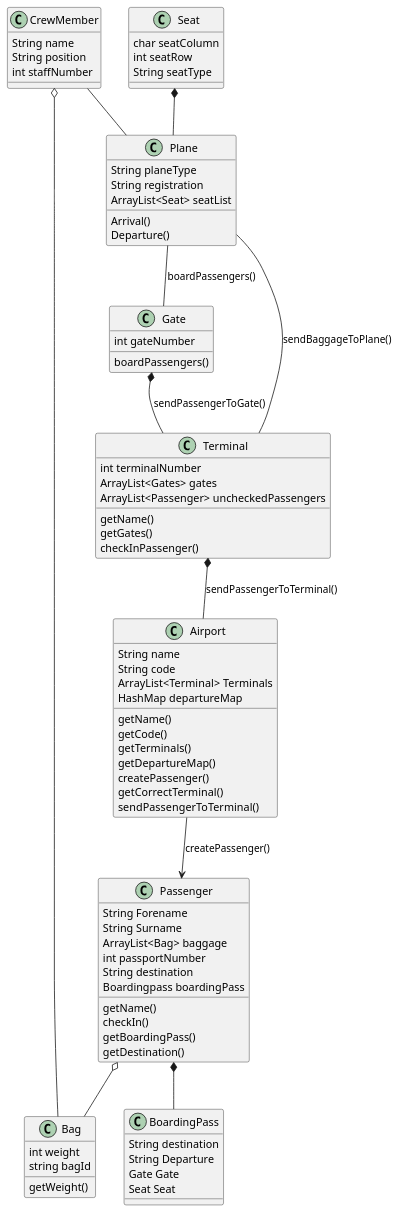
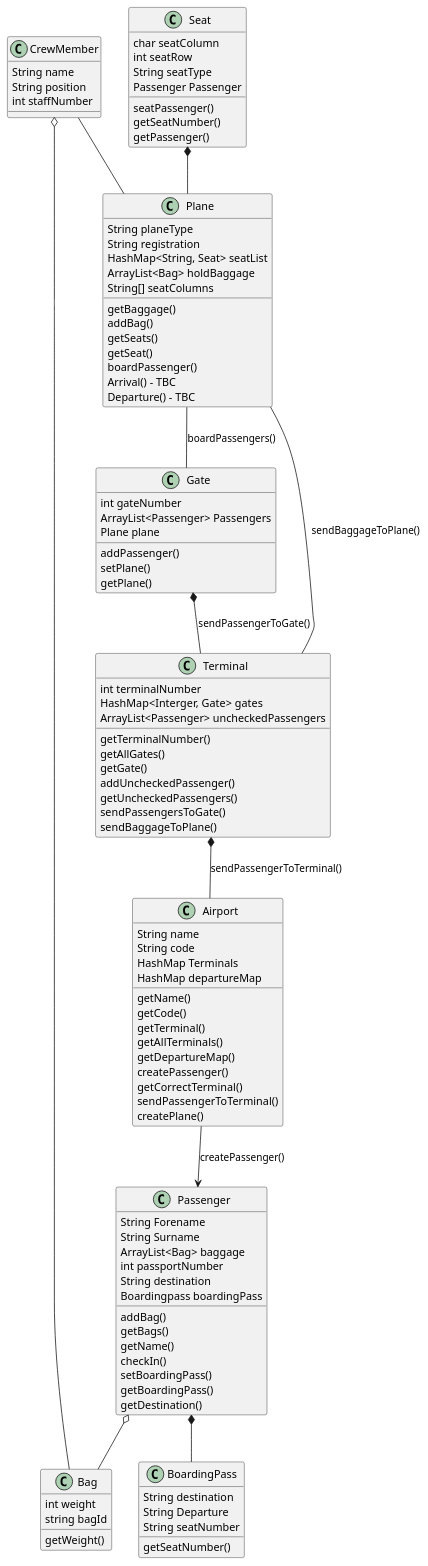
One commit to gopherfender/java-airports changed the diagram in airports.plantuml. Above: the diagram before and after it, drawn with PlantUML. The commit also changed 9 other files, not shown here.

```diff
--- a/airports.plantuml
+++ b/airports.plantuml
@@ -1,86 +1,110 @@
 @startuml Airport
     class Airport {
         String name
         String code
-        ArrayList<Terminal> Terminals
+        HashMap Terminals
         HashMap departureMap
         getName()
         getCode()
-        getTerminals()
+        getTerminal()
+        getAllTerminals()
         getDepartureMap()
         createPassenger()
         getCorrectTerminal()   
         sendPassengerToTerminal()
+        createPlane()
         }
 
         class Terminal {
         int terminalNumber
-        ArrayList<Gates> gates
+        HashMap<Interger, Gate> gates
         ArrayList<Passenger> uncheckedPassengers
-        getName()
-        getGates()
-        checkInPassenger()
+        getTerminalNumber()
+        getAllGates()
+        getGate()
+        addUncheckedPassenger()
+        getUncheckedPassengers()
+        sendPassengersToGate()
+        sendBaggageToPlane()
     }
-          class Gate {
+        class Gate {
         int gateNumber
-        boardPassengers()
+        ArrayList<Passenger> Passengers
+        Plane plane
+        addPassenger()
+        setPlane()
+        getPlane()
     }  
         class Plane {
         String planeType
         String registration
-        ArrayList<Seat> seatList 
-        Arrival()
-        Departure()
+        HashMap<String, Seat> seatList 
+        ArrayList<Bag> holdBaggage
+        String[] seatColumns
+        getBaggage()
+        addBag()
+        getSeats()
+        getSeat()
+        boardPassenger()
+        Arrival() - TBC
+        Departure() - TBC
     }
         class Seat {
         char seatColumn
         int seatRow
         String seatType
+        Passenger Passenger
+        seatPassenger()
+        getSeatNumber()
+        getPassenger()
     }
     class Passenger {
         String Forename
         String Surname
         ArrayList<Bag> baggage 
         int passportNumber
         String destination
         Boardingpass boardingPass
+        addBag()
+        getBags()
         getName()
         checkIn()
+        setBoardingPass()
         getBoardingPass()
         getDestination()
     }
     class Bag {
         int weight
         string bagId
         getWeight()
     }
     class BoardingPass {
         String destination
         String Departure
-        Gate Gate
-        Seat Seat
+        String seatNumber
+        getSeatNumber()
     }
     class CrewMember {
         String name
         String position
         int staffNumber
     }
 
 
 
 
 
 
     Airport --> Passenger : createPassenger()
     Terminal *-- Airport : sendPassengerToTerminal()
     Gate *-- Terminal  : sendPassengerToGate()
     Passenger o-- Bag
     CrewMember o-- Bag
     Seat *-- Plane
     CrewMember -- Plane
     Plane -- Terminal : sendBaggageToPlane()
     Plane -- Gate : boardPassengers()
     Passenger *-- BoardingPass
 
 
     @enduml
```
